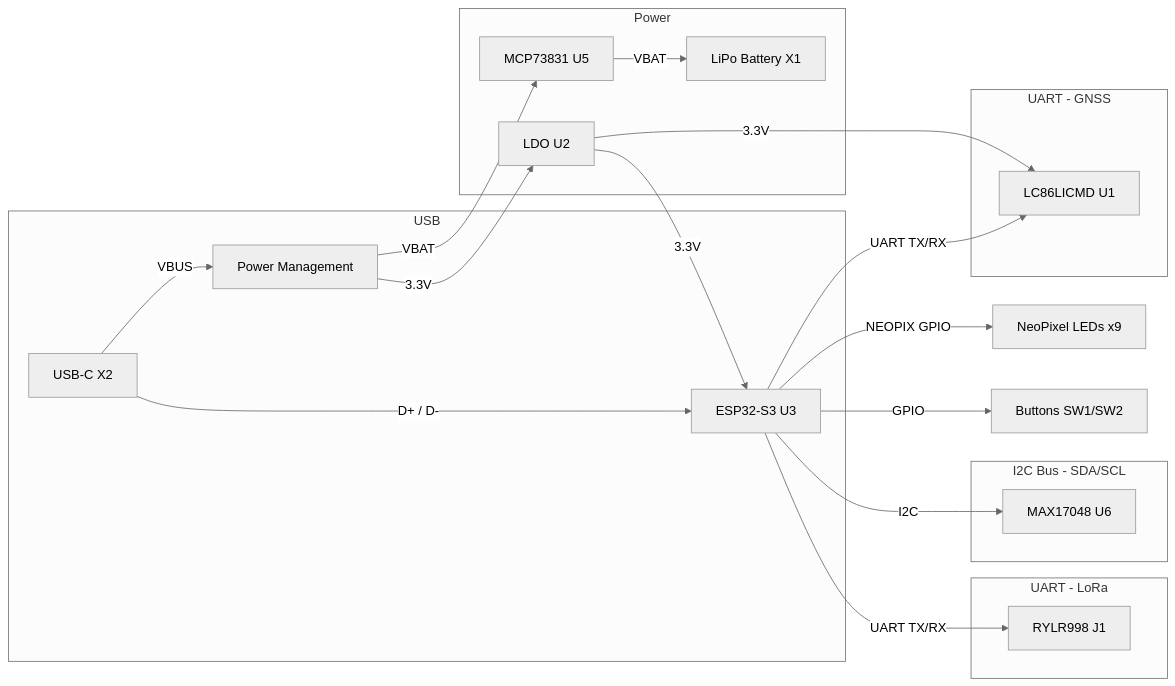
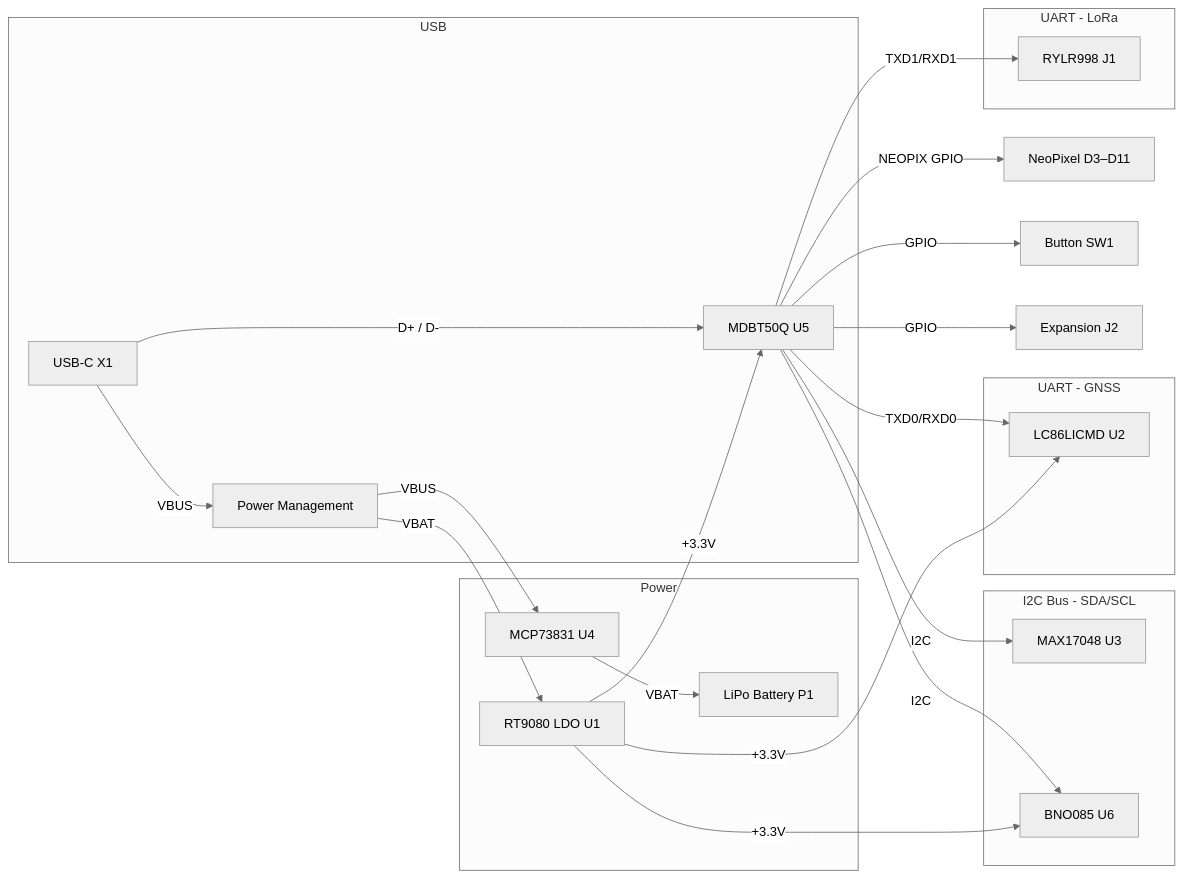
Before and after one commit to wildjames/smart_compass: the diagram in Medallion_Board/board_components.md, drawn with Mermaid (neutral theme). The commit also changed other lines of this file and 24 other files, not shown here.

````diff
--- a/Medallion_Board/board_components.md
+++ b/Medallion_Board/board_components.md
@@ -36,30 +41,33 @@
 ```mermaid
 flowchart LR
     subgraph USB
-        USBC[USB-C X2] -->|D+ / D-| ESP[ESP32-S3 U3]
+        USBC[USB-C X1] -->|D+ / D-| MCU[MDBT50Q U5]
         USBC -->|VBUS| PWR[Power Management]
     end
 
     subgraph "I2C_Bus"[I2C Bus - SDA/SCL]
-        ESP -->|I2C| FUEL[MAX17048 U6]
+        MCU -->|I2C| FUEL[MAX17048 U3]
+        MCU -->|I2C| IMU[BNO085 U6]
     end
 
     subgraph UART1[UART - GNSS]
-        ESP -->|UART TX/RX| GNSS[LC86LICMD U1]
+        MCU -->|TXD0/RXD0| GNSS[LC86LICMD U2]
     end
 
     subgraph UART2[UART - LoRa]
-        ESP -->|UART TX/RX| LORA[RYLR998 J1]
+        MCU -->|TXD1/RXD1| LORA[RYLR998 J1]
     end
 
     subgraph Power
-        PWR -->|VBAT| CHRG[MCP73831 U5]
-        CHRG -->|VBAT| BATTERY[LiPo Battery X1]
-        PWR -->|3.3V| VREG[LDO U2]
-        VREG -->|3.3V| ESP
-        VREG -->|3.3V| GNSS
+        PWR -->|VBUS| CHRG[MCP73831 U4]
+        CHRG -->|VBAT| BATTERY[LiPo Battery P1]
+        PWR -->|VBAT| VREG[RT9080 LDO U1]
+        VREG -->|+3.3V| MCU
+        VREG -->|+3.3V| GNSS
+        VREG -->|+3.3V| IMU
     end
 
-    ESP -->|NEOPIX GPIO| NEO[NeoPixel LEDs x9]
-    ESP -->|GPIO| BTN[Buttons SW1/SW2]
+    MCU -->|NEOPIX GPIO| NEO[NeoPixel D3–D11]
+    MCU -->|GPIO| BTN[Button SW1]
+    MCU -->|GPIO| EXT[Expansion J2]
 ```
````
